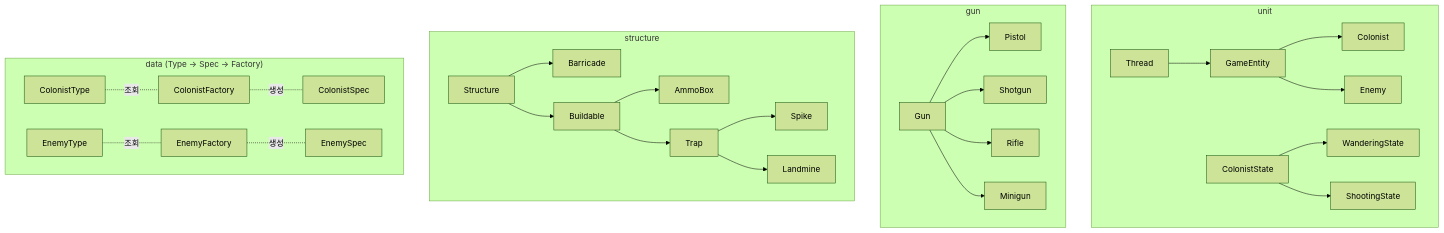
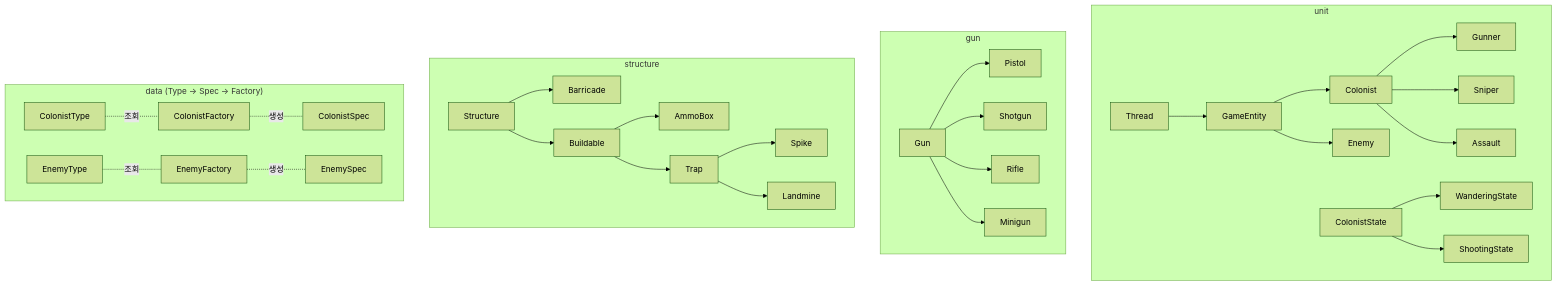
One commit to weweweme/teamnova_basic_class changed the first of 12 diagrams in week6/CLAUDE.md. Above: the diagram before and after it, drawn with Mermaid (forest theme). The commit also changed other lines of this file, not shown here.

````diff
--- a/week6/CLAUDE.md
+++ b/week6/CLAUDE.md
@@ -114,30 +117,33 @@
 ```mermaid
 graph TD
     subgraph "unit"
         T[Thread] --> GE[GameEntity]
         GE --> CO[Colonist]
+        CO --> GU2[Gunner]
+        CO --> SN[Sniper]
+        CO --> AS[Assault]
         GE --> EN[Enemy]
         CS[ColonistState] --> WS[WanderingState]
         CS --> SS[ShootingState]
     end
     subgraph "gun"
         GU[Gun] --> PI[Pistol]
         GU --> SG[Shotgun]
         GU --> RI[Rifle]
         GU --> MG[Minigun]
     end
     subgraph "structure"
         ST[Structure] --> BA[Barricade]
         ST --> BU[Buildable]
         BU --> AB[AmmoBox]
         BU --> TR[Trap]
         TR --> SP[Spike]
         TR --> LM[Landmine]
     end
     subgraph "data (Type → Spec → Factory)"
         CT[ColonistType] -.-|조회| CF[ColonistFactory]
         CF -.-|생성| CSP[ColonistSpec]
         ET[EnemyType] -.-|조회| EF[EnemyFactory]
         EF -.-|생성| ESP[EnemySpec]
     end
 ```
````
